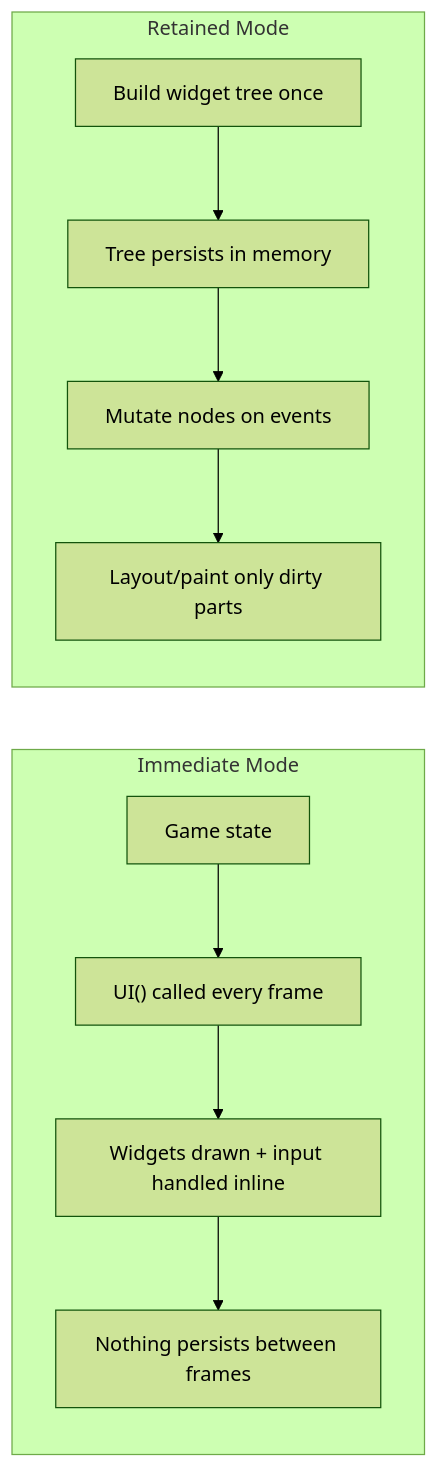
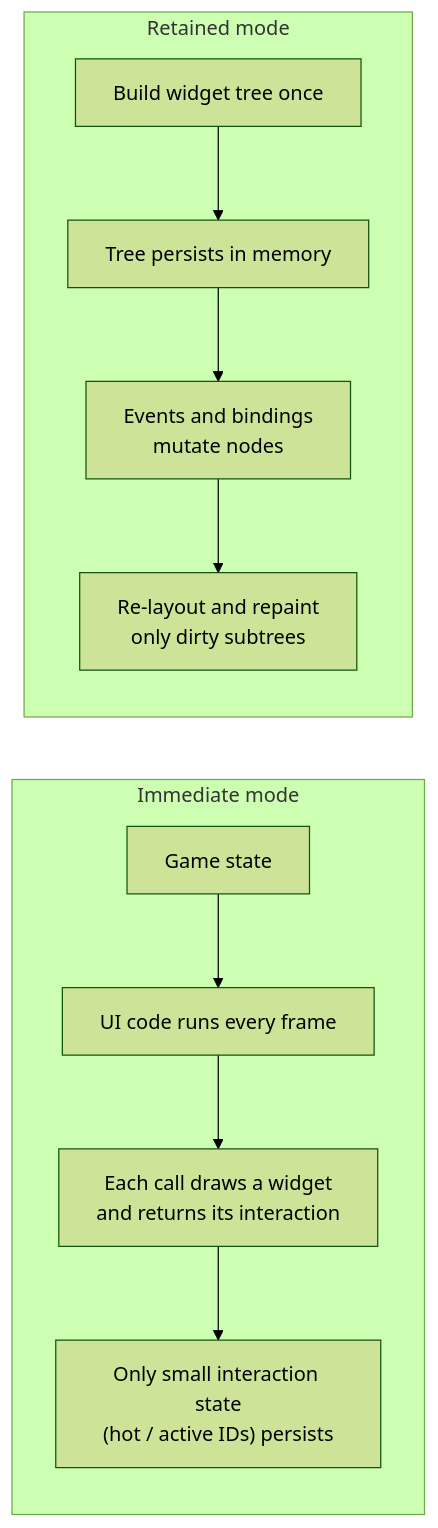
One commit to AndrewAltimit/Documentation changed the first of 6 diagrams in github-pages/docs/gamedev/ui-design.md. Above: the diagram before and after it, drawn with Mermaid (forest theme). The commit also changed other lines of this file and 240 other files, not shown here.

````diff
--- a/github-pages/docs/gamedev/ui-design.md
+++ b/github-pages/docs/gamedev/ui-design.md
@@ -27,13 +25,15 @@
 ```mermaid
 flowchart LR
-    subgraph IM["Immediate Mode"]
-        A1["Game state"] --> A2["UI() called every frame"]
-        A2 --> A3["Widgets drawn + input handled inline"]
-        A3 --> A4["Nothing persists between frames"]
+    subgraph IM["Immediate mode"]
+        direction TB
+        A1["Game state"] --> A2["UI code runs every frame"]
+        A2 --> A3["Each call draws a widget<br/>and returns its interaction"]
+        A3 --> A4["Only small interaction state<br/>(hot / active IDs) persists"]
     end
-    subgraph RM["Retained Mode"]
+    subgraph RM["Retained mode"]
+        direction TB
         B1["Build widget tree once"] --> B2["Tree persists in memory"]
-        B2 --> B3["Mutate nodes on events"]
-        B3 --> B4["Layout/paint only dirty parts"]
+        B2 --> B3["Events and bindings<br/>mutate nodes"]
+        B3 --> B4["Re-layout and repaint<br/>only dirty subtrees"]
     end
 ```
````
